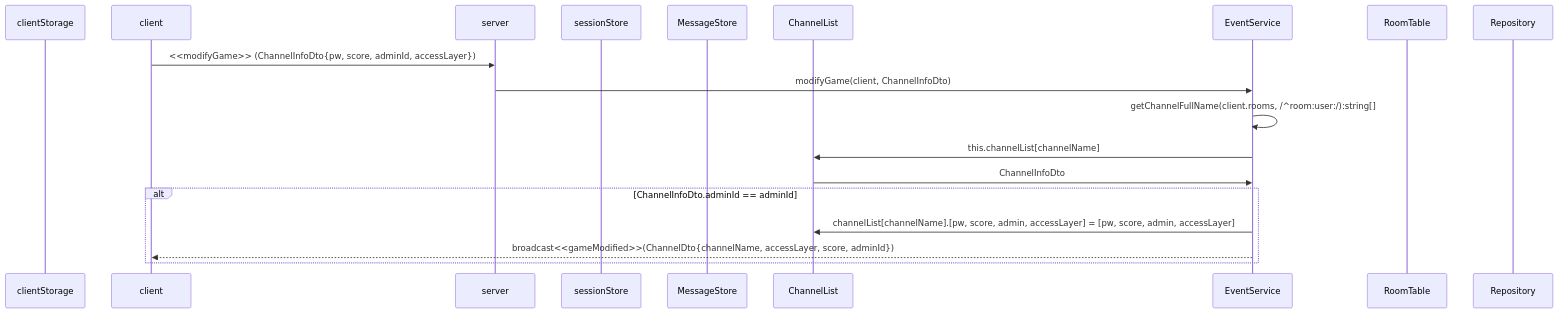
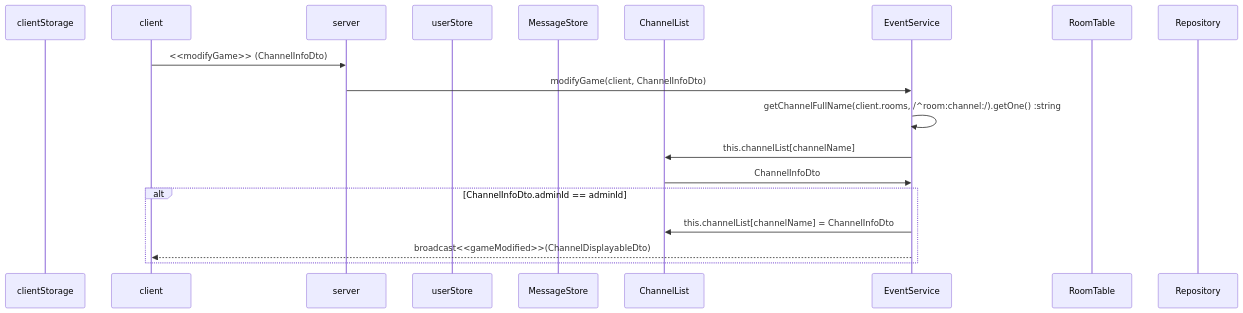
Diagram 12 of 19 in backend/node/app/event.md (mtak0235/simmons_transcendence), drawn with Mermaid before and after one commit. The commit also changed other lines of this file, not shown here.

````diff
--- a/backend/node/app/event.md
+++ b/backend/node/app/event.md
@@ -298,22 +349,22 @@
 ```mermaid
 sequenceDiagram
 participant cls as clientStorage
 participant c as client
 participant ga as server
-participant ss as sessionStore
+participant ss as userStore
 participant ms as MessageStore
 participant cns as ChannelList
 participant cs as EventService
 participant rt as RoomTable
 participant r as Repository
 
-c->>ga: <<modifyGame>> (ChannelInfoDto{pw, score, adminId, accessLayer})
+c->>ga: <<modifyGame>> (ChannelInfoDto)
 ga->>cs: modifyGame(client, ChannelInfoDto)
-cs->>cs: getChannelFullName(client.rooms, /^room:user:/):string[]
+cs->>cs: getChannelFullName(client.rooms, /^room:channel:/).getOne() :string
 cs->>cns: this.channelList[channelName]
 cns->>cs: ChannelInfoDto
 alt ChannelInfoDto.adminId == adminId
-cs->>cns: channelList[channelName].[pw, score, admin, accessLayer] = [pw, score, admin, accessLayer]
-cs-->>c: broadcast<<gameModified>>(ChannelDto{channelName, accessLayer, score, adminId})
+cs->>cns: this.channelList[channelName] = ChannelInfoDto
+cs-->>c: broadcast<<gameModified>>(ChannelDisplayableDto)
 end
 ```
````
